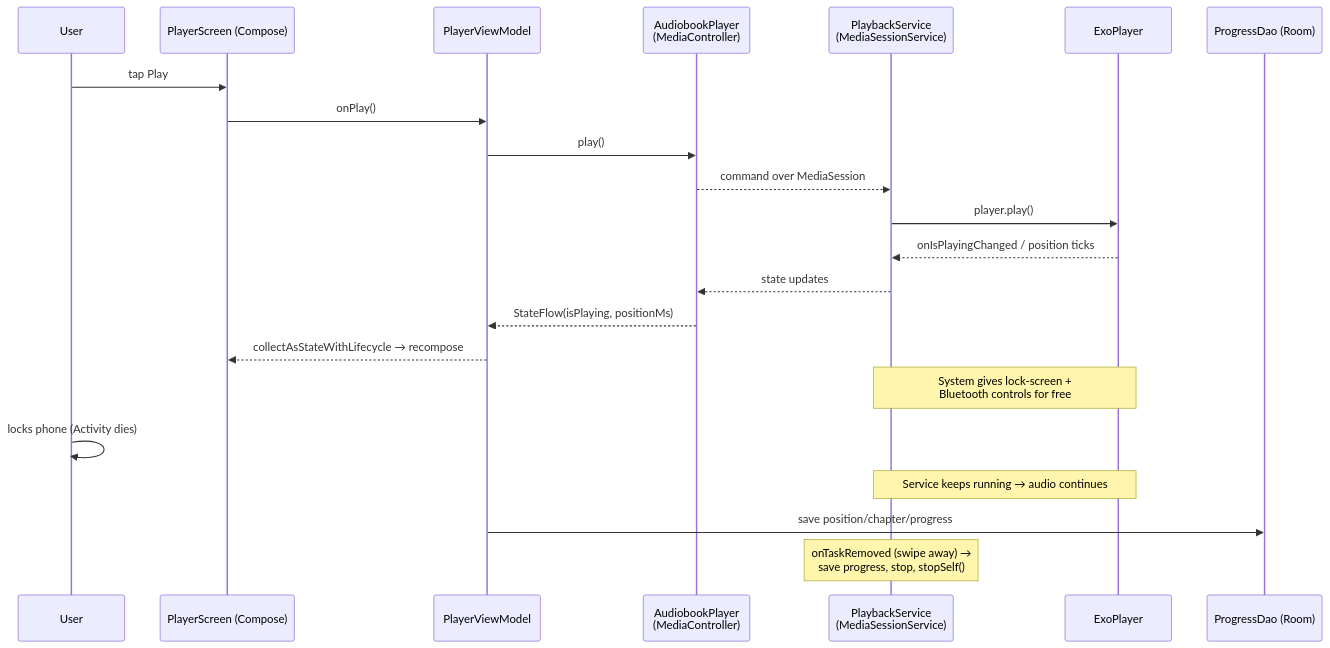
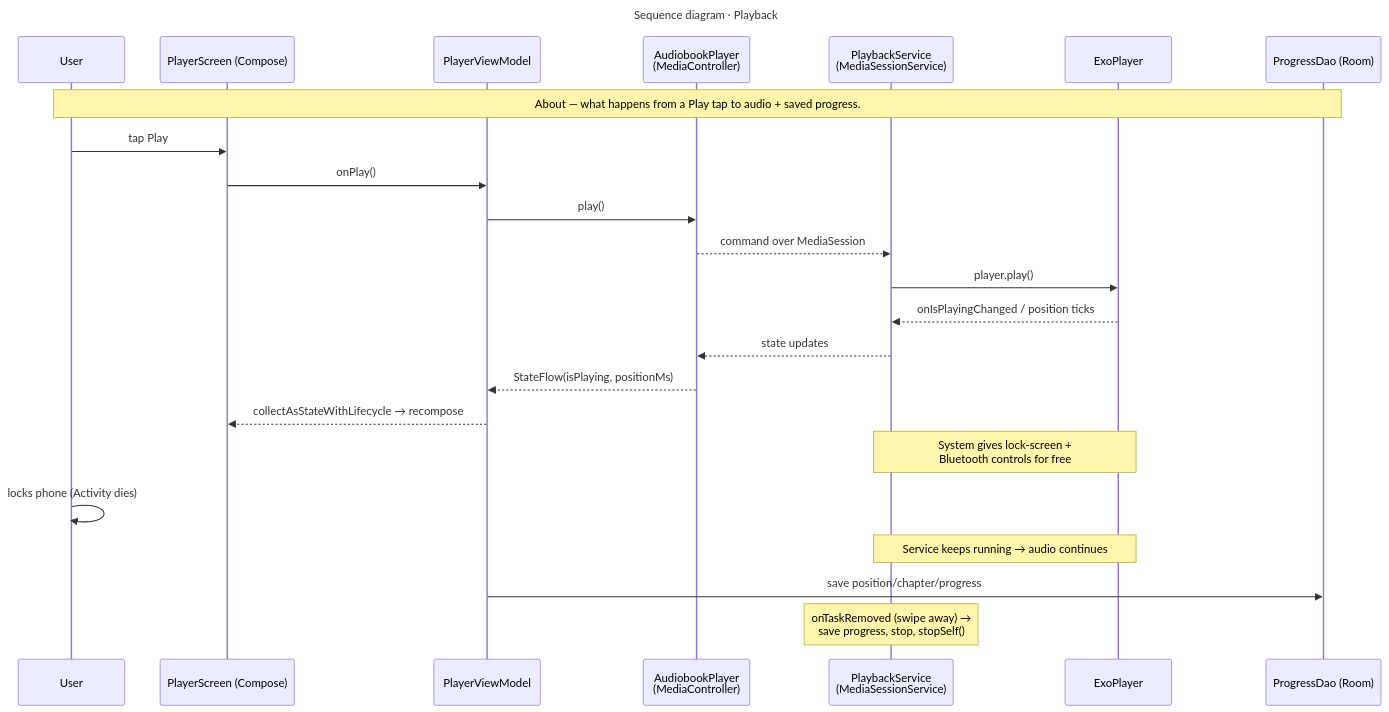
One commit to DICEsda/Mobile-Application-Development-COURSE changed the fourth of 9 diagrams in Final Submission Project/ARCHITECTURE.md. Above: the diagram before and after it, drawn with Mermaid. The commit also changed other lines of this file and 9 other files, not shown here.

First line of the commit message:
docs: add in-image titles (graph type) and an About card to each diagram

````diff
--- a/Final Submission Project/ARCHITECTURE.md
+++ b/Final Submission Project/ARCHITECTURE.md
@@ -176,28 +194,32 @@
 ```mermaid
+---
+title: "Sequence diagram · Playback"
+---
 sequenceDiagram
     participant U as User
     participant PS as PlayerScreen (Compose)
     participant VM as PlayerViewModel
     participant AP as AudiobookPlayer<br/>(MediaController)
     participant SVC as PlaybackService<br/>(MediaSessionService)
     participant EXO as ExoPlayer
     participant DAO as ProgressDao (Room)
 
+    note over U,DAO: About — what happens from a Play tap to audio + saved progress.
     U->>PS: tap Play
     PS->>VM: onPlay()
     VM->>AP: play()
     AP-->>SVC: command over MediaSession
     SVC->>EXO: player.play()
     EXO-->>SVC: onIsPlayingChanged / position ticks
     SVC-->>AP: state updates
     AP-->>VM: StateFlow(isPlaying, positionMs)
     VM-->>PS: collectAsStateWithLifecycle → recompose
 
     Note over EXO,SVC: System gives lock-screen +<br/>Bluetooth controls for free
 
     U->>U: locks phone (Activity dies)
     Note over SVC,EXO: Service keeps running → audio continues
 
     VM->>DAO: save position/chapter/progress
     Note over SVC: onTaskRemoved (swipe away) →<br/>save progress, stop, stopSelf()
 ```
````
